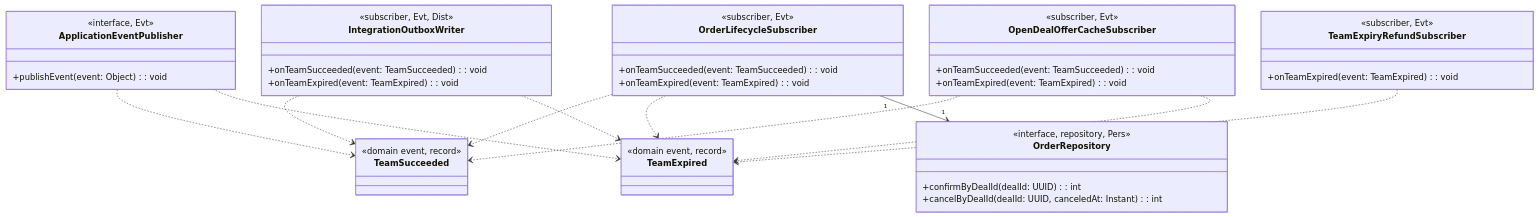
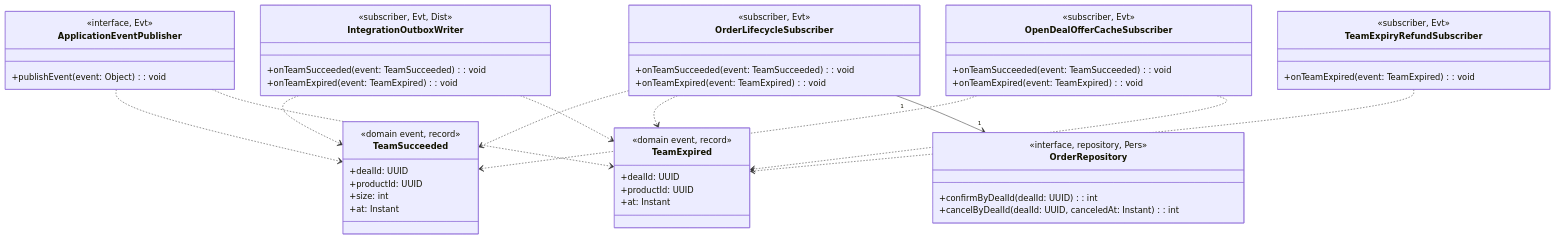
Before and after one commit to PPsyrius/iss-groupbuy-team8: the diagram in docs/swe5001/report/diagrams/appendix-a/src/a-uc05-dc-events.mmd, drawn with Mermaid. The commit also changed 31 other files, not shown here.

First line of the commit message:
docs(report): correct the source-book diagrams the main body reuses (#462)

```diff
--- a/docs/swe5001/report/diagrams/appendix-a/src/a-uc05-dc-events.mmd
+++ b/docs/swe5001/report/diagrams/appendix-a/src/a-uc05-dc-events.mmd
@@ -1,54 +1,61 @@
 %% frame: UC5 design, slice 3: the subscribers of a team's resolution (commerce-svc)
 classDiagram
     class ApplicationEventPublisher {
         <<interface, Evt>>
         +publishEvent(event: Object): void
     }
     class TeamSucceeded {
         <<domain event, record>>
+        +dealId: UUID
+        +productId: UUID
+        +size: int
+        +at: Instant
     }
     class TeamExpired {
         <<domain event, record>>
+        +dealId: UUID
+        +productId: UUID
+        +at: Instant
     }
     class OrderLifecycleSubscriber {
         <<subscriber, Evt>>
         +onTeamSucceeded(event: TeamSucceeded): void
         +onTeamExpired(event: TeamExpired): void
     }
     class TeamExpiryRefundSubscriber {
         <<subscriber, Evt>>
         +onTeamExpired(event: TeamExpired): void
     }
     class IntegrationOutboxWriter {
         <<subscriber, Evt, Dist>>
         +onTeamSucceeded(event: TeamSucceeded): void
         +onTeamExpired(event: TeamExpired): void
     }
     class OpenDealOfferCacheSubscriber {
         <<subscriber, Evt>>
         +onTeamSucceeded(event: TeamSucceeded): void
         +onTeamExpired(event: TeamExpired): void
     }
     class OrderRepository {
         <<interface, repository, Pers>>
         +confirmByDealId(dealId: UUID): int
         +cancelByDealId(dealId: UUID, canceledAt: Instant): int
     }
 %% at OrderRepository 0,0
 %% at OrderLifecycleSubscriber 1,0
 %% at TeamExpiryRefundSubscriber 2,0
 %% at TeamSucceeded 0,1
 %% at ApplicationEventPublisher 1,1
 %% at TeamExpired 2,1
 %% at OpenDealOfferCacheSubscriber 0,2
 %% at IntegrationOutboxWriter 1,2
     ApplicationEventPublisher ..> TeamSucceeded
     ApplicationEventPublisher ..> TeamExpired
     OrderLifecycleSubscriber ..> TeamSucceeded
     OrderLifecycleSubscriber ..> TeamExpired
     IntegrationOutboxWriter ..> TeamSucceeded
     IntegrationOutboxWriter ..> TeamExpired
     OpenDealOfferCacheSubscriber ..> TeamSucceeded
     OpenDealOfferCacheSubscriber ..> TeamExpired
     TeamExpiryRefundSubscriber ..> TeamExpired
     OrderLifecycleSubscriber "1" --> "1" OrderRepository
```
